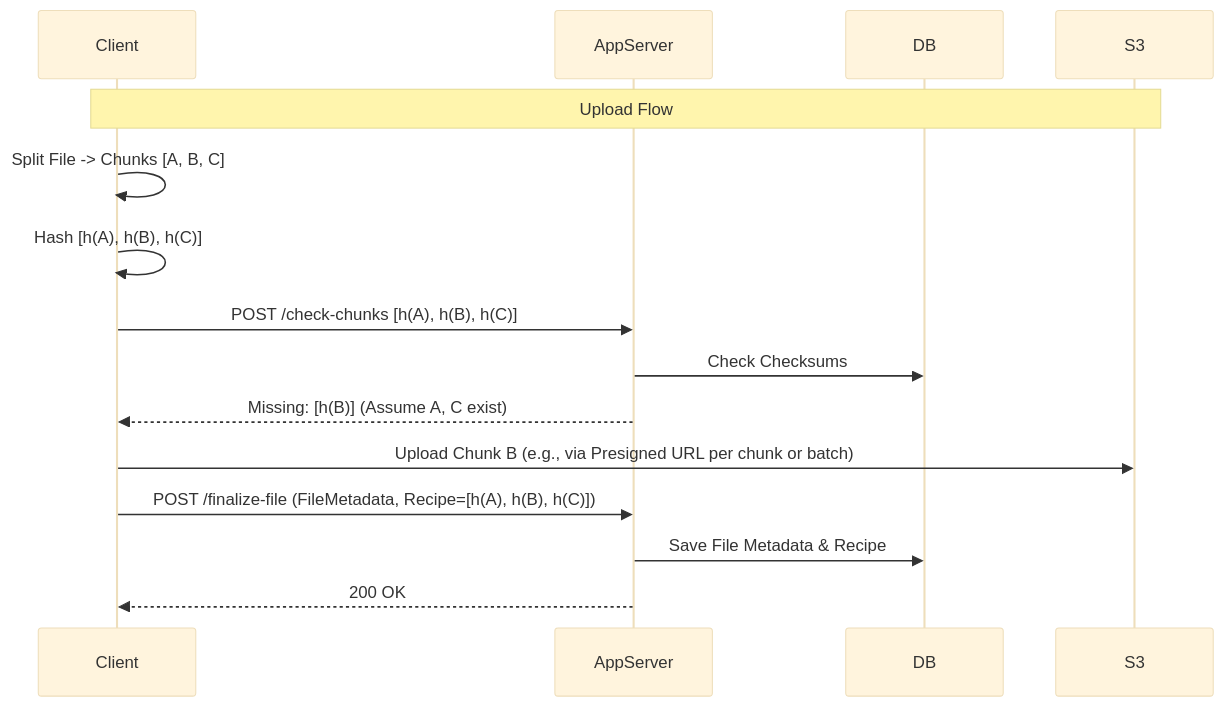
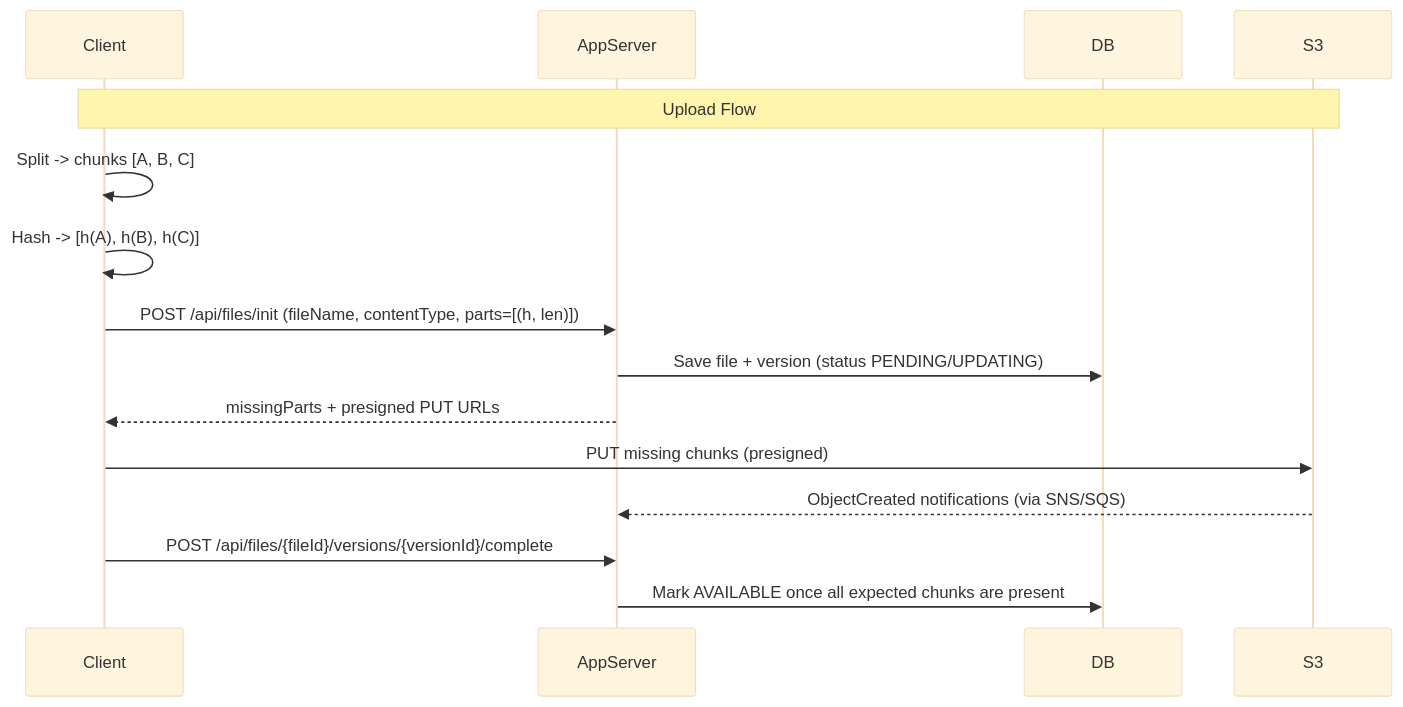
The eighth of 12 diagrams in dropbox/README.md (ShalomDeitch1/examples), drawn with Mermaid (base theme) before and after one commit. The commit also changed other lines of this file and 3 other files, not shown here.

````diff
--- a/dropbox/README.md
+++ b/dropbox/README.md
@@ -237,21 +241,18 @@
 ```mermaid
 sequenceDiagram
     participant Client
     participant AppServer
     participant DB
     participant S3
 
     Note over Client, S3: Upload Flow
-    Client->>Client: Split File -> Chunks [A, B, C]
-    Client->>Client: Hash [h(A), h(B), h(C)]
-    
-    Client->>AppServer: POST /check-chunks [h(A), h(B), h(C)]
-    AppServer->>DB: Check Checksums
-    AppServer-->>Client: Missing: [h(B)] (Assume A, C exist)
-    
-    Client->>S3: Upload Chunk B (e.g., via Presigned URL per chunk or batch)
-    
-    Client->>AppServer: POST /finalize-file (FileMetadata, Recipe=[h(A), h(B), h(C)])
-    AppServer->>DB: Save File Metadata & Recipe
-    AppServer-->>Client: 200 OK
+    Client->>Client: Split -> chunks [A, B, C]
+    Client->>Client: Hash -> [h(A), h(B), h(C)]
+    Client->>AppServer: POST /api/files/init (fileName, contentType, parts=[(h, len)])
+    AppServer->>DB: Save file + version (status PENDING/UPDATING)
+    AppServer-->>Client: missingParts + presigned PUT URLs
+    Client->>S3: PUT missing chunks (presigned)
+    S3-->>AppServer: ObjectCreated notifications (via SNS/SQS)
+    Client->>AppServer: POST /api/files/{fileId}/versions/{versionId}/complete
+    AppServer->>DB: Mark AVAILABLE once all expected chunks are present
 ```
````
